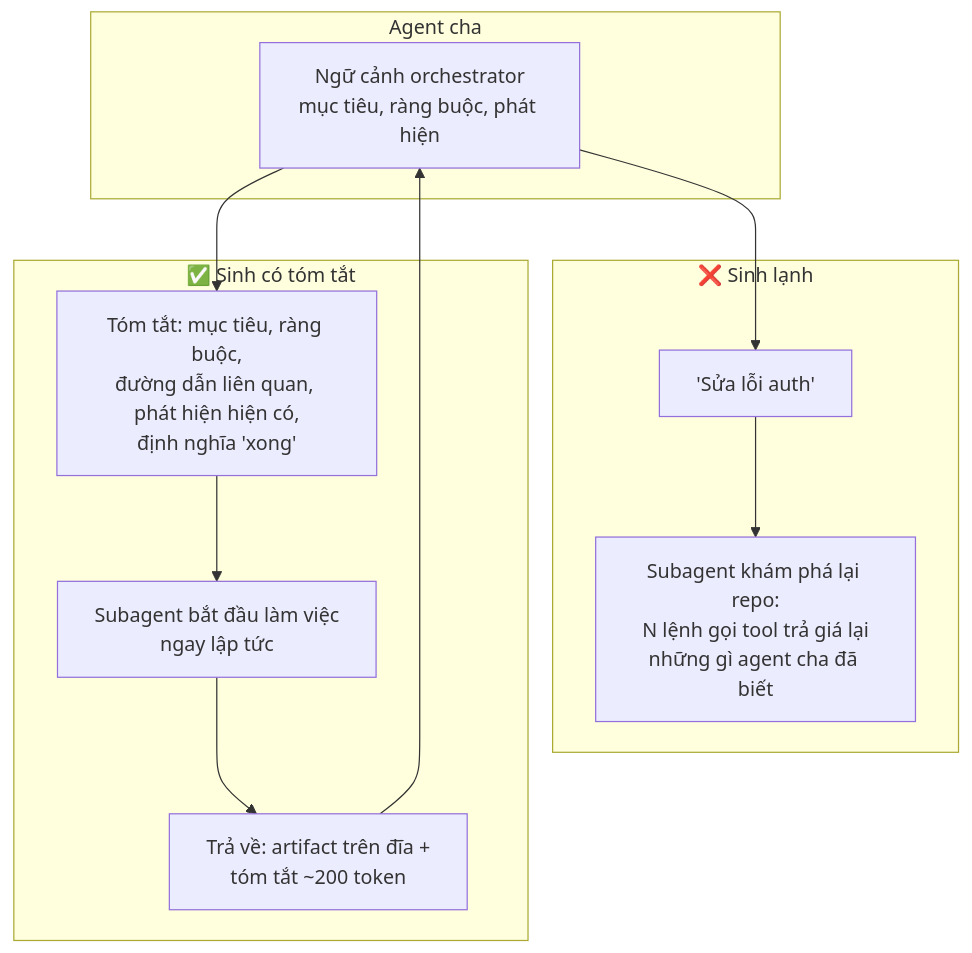
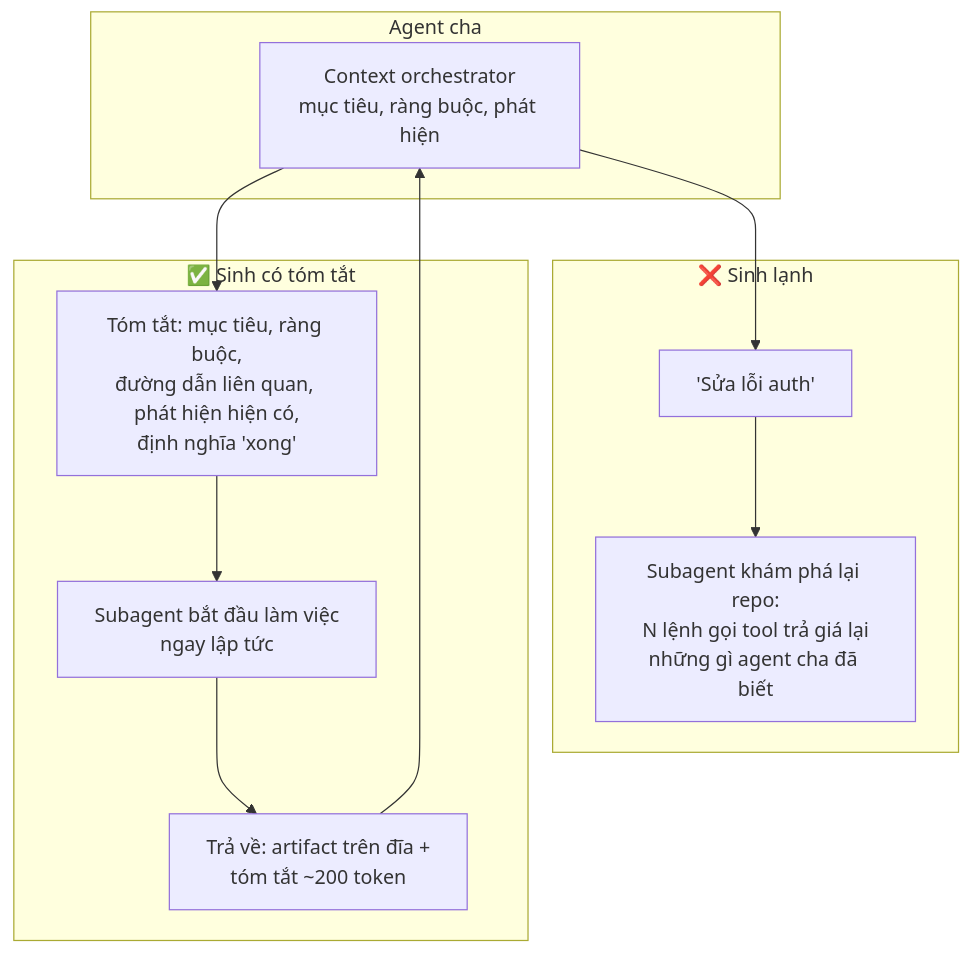
One commit to dungnm02/token-optimizer changed the first of 2 diagrams in solutions/subagent-context-handoff.md. Above: the diagram before and after it, drawn with Mermaid. The commit also changed other lines of this file and 25 other files, not shown here.

````diff
--- a/solutions/subagent-context-handoff.md
+++ b/solutions/subagent-context-handoff.md
@@ -21,16 +20,16 @@
 ```mermaid
 flowchart TD
     subgraph Parent["Agent cha"]
-        P[Ngữ cảnh orchestrator<br/>mục tiêu, ràng buộc, phát hiện]
+        P[Context orchestrator<br/>mục tiêu, ràng buộc, phát hiện]
     end
     subgraph Cold["❌ Sinh lạnh"]
         C1["'Sửa lỗi auth'"] --> C2[Subagent khám phá lại repo:<br/>N lệnh gọi tool trả giá lại<br/>những gì agent cha đã biết]
     end
     subgraph Warm["✅ Sinh có tóm tắt"]
         B1["Tóm tắt: mục tiêu, ràng buộc,<br/>đường dẫn liên quan, phát hiện hiện có,<br/>định nghĩa 'xong'"] --> B2[Subagent bắt đầu làm việc<br/>ngay lập tức]
         B2 --> B3["Trả về: artifact trên đĩa +<br/>tóm tắt ~200 token"]
     end
     P --> C1
     P --> B1
     B3 --> P
 ```
````
